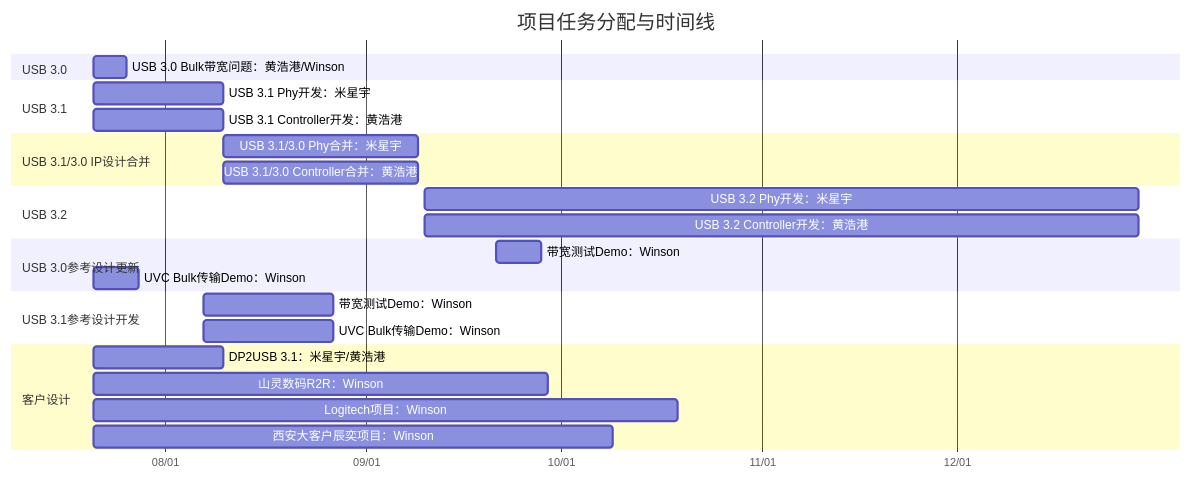
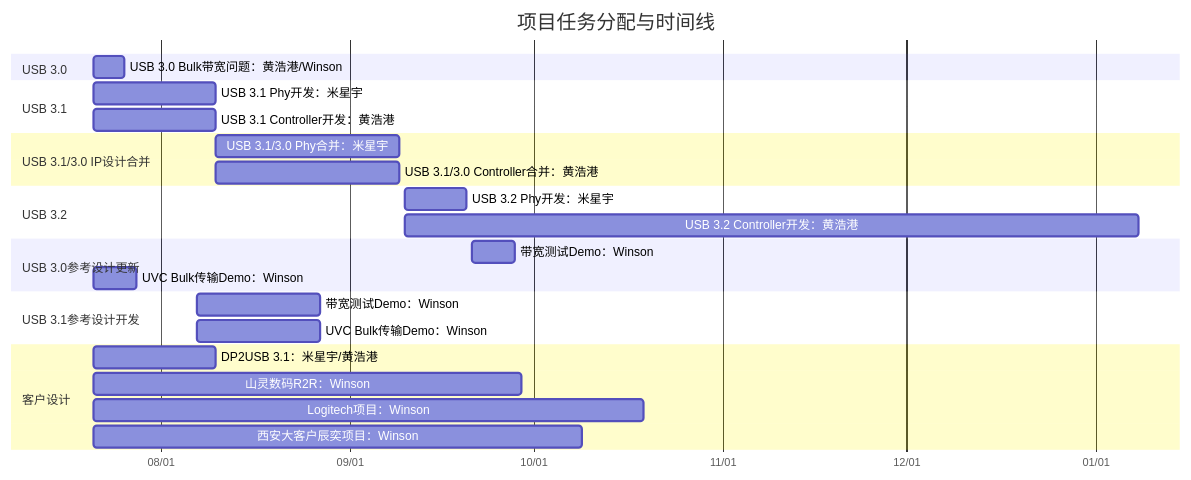
One commit to winsonbook/iodraw-files changed the diagram in all/未命名.md. Above: the diagram before and after it, drawn with Mermaid.

Commit message:
2025-07-21 10:15:37 update

````diff
--- a/all/未命名.md
+++ b/all/未命名.md
@@ -1,35 +1,35 @@
 ```mermaid
 gantt
     title 项目任务分配与时间线
     dateFormat  YYYY-MM-DD
     axisFormat  %m/%d
 
     section USB 3.0
     USB 3.0 Bulk带宽问题：黄浩港/Winson   :    task1, 2025-07-21, 5d
 
     section USB 3.1
     USB 3.1 Phy开发：米星宇      :         task2, 2025-07-21, 20d
     USB 3.1 Controller开发：黄浩港      :  task3, 2025-07-21, 20d
 
     section USB 3.1/3.0 IP设计合并
     USB 3.1/3.0 Phy合并：米星宇       :    task4, 2025-08-10, 30d
     USB 3.1/3.0 Controller合并：黄浩港:    task5, 2025-08-10, 30d
 
     section USB 3.2
-    USB 3.2 Phy开发：米星宇      :         task2, 2025-09-10, 110d
-    USB 3.2 Controller开发：黄浩港      :  task3, 2025-09-10, 110d
+    USB 3.2 Phy开发：米星宇      :         task2, 2025-09-10, 10d
+    USB 3.2 Controller开发：黄浩港      :  task3, 2025-09-10, 120d
 
     section USB 3.0参考设计更新
     带宽测试Demo：Winson       :         task6, 2025-09-21, 7d
     UVC Bulk传输Demo：Winson   :        task7, 2025-07-21, 7d
 
     section USB 3.1参考设计开发
     带宽测试Demo：Winson       :         task8, 2025-08-07, 20d
     UVC Bulk传输Demo：Winson   :         task9, 2025-08-07, 20d
 
     section 客户设计
     DP2USB 3.1：米星宇/黄浩港      :task10, 2025-07-21, 20d
     山灵数码R2R：Winson :             task11, 2025-07-21, 70d
     Logitech项目：Winson :            task12, 2025-07-21, 90d
     西安大客户辰奕项目：Winson :       task13, 2025-07-21, 80d
 ```
````
